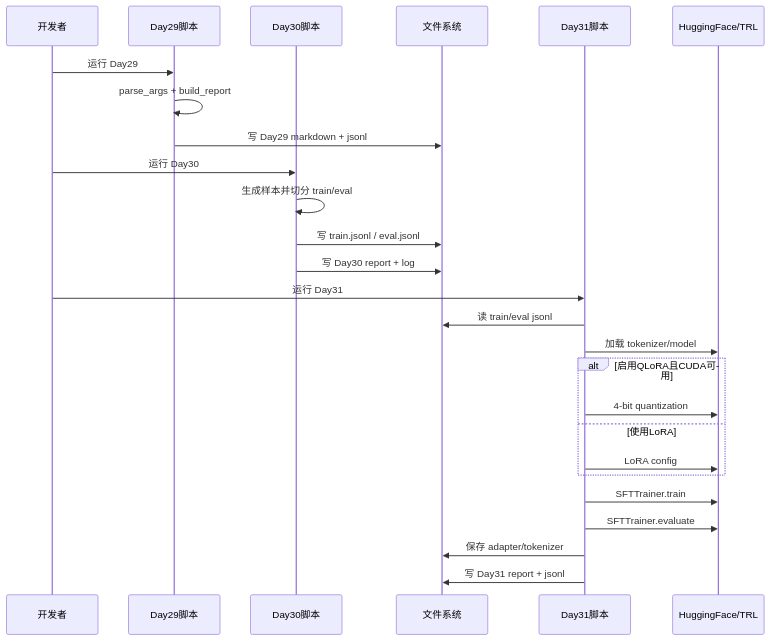
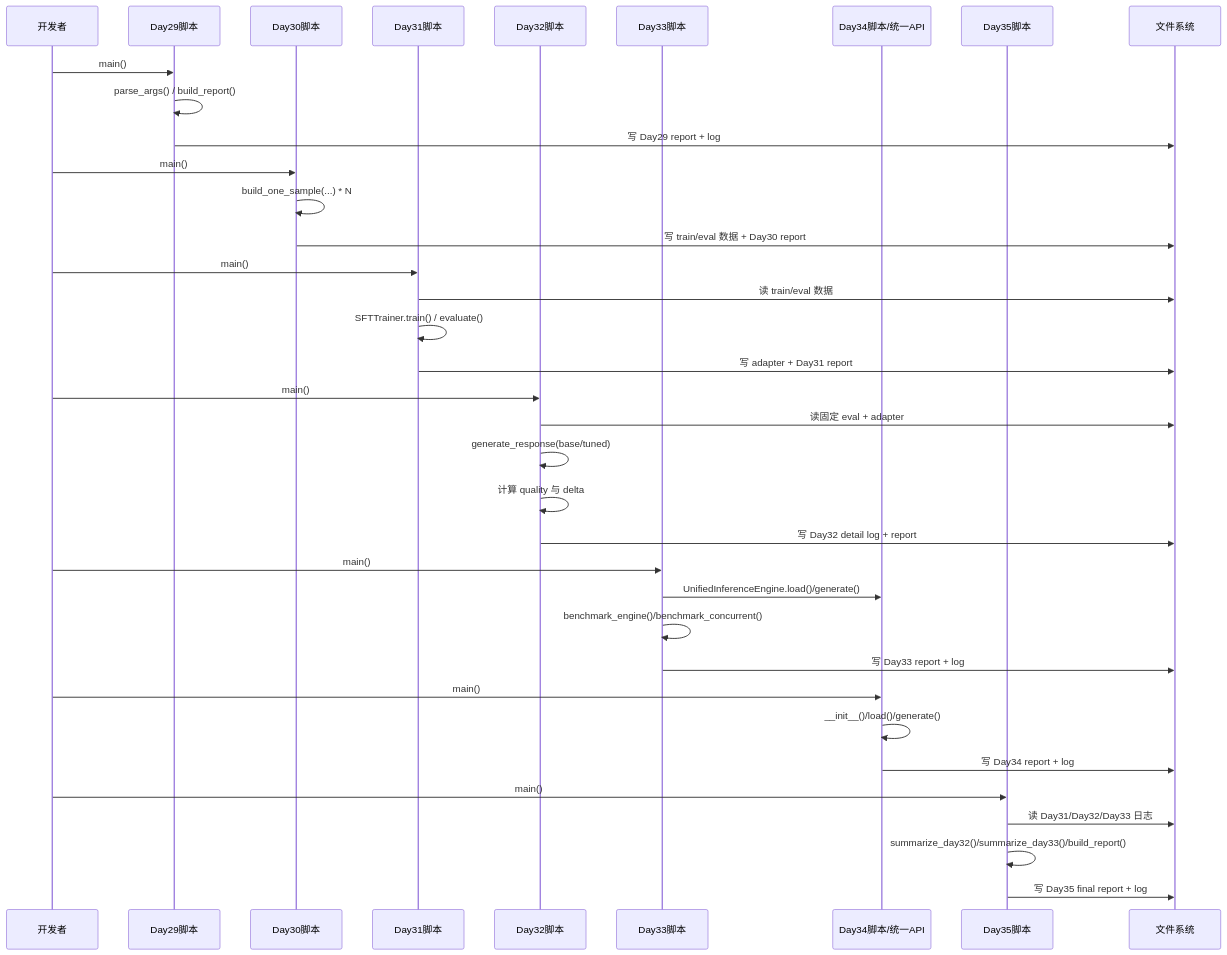
Before and after one commit to Taylor-Zhao/llm-day1: diagram 29 of 29 in README.md, drawn with Mermaid. The commit also changed other lines of this file and 19 other files, not shown here.

````diff
--- a/README.md
+++ b/README.md
@@ -1848,31 +2315,45 @@
 ```mermaid
 sequenceDiagram
-	participant Dev as 开发者
-	participant D29 as Day29脚本
-	participant D30 as Day30脚本
+	participant U as 开发者
+	participant S29 as Day29脚本
+	participant S30 as Day30脚本
+	participant S31 as Day31脚本
+	participant S32 as Day32脚本
+	participant S33 as Day33脚本
+	participant S34 as Day34脚本/统一API
+	participant S35 as Day35脚本
 	participant FS as 文件系统
-	participant D31 as Day31脚本
-	participant HF as HuggingFace/TRL
 
-	Dev->>D29: 运行 Day29
-	D29->>D29: parse_args + build_report
-	D29->>FS: 写 Day29 markdown + jsonl
+	U->>S29: main()
+	S29->>S29: parse_args() / build_report()
+	S29->>FS: 写 Day29 report + log
 
-	Dev->>D30: 运行 Day30
-	D30->>D30: 生成样本并切分 train/eval
-	D30->>FS: 写 train.jsonl / eval.jsonl
-	D30->>FS: 写 Day30 report + log
+	U->>S30: main()
+	S30->>S30: build_one_sample(...) * N
+	S30->>FS: 写 train/eval 数据 + Day30 report
 
-	Dev->>D31: 运行 Day31
-	D31->>FS: 读 train/eval jsonl
-	D31->>HF: 加载 tokenizer/model
-	alt 启用QLoRA且CUDA可用
-		D31->>HF: 4-bit quantization
-	else 使用LoRA
-		D31->>HF: LoRA config
-	end
-	D31->>HF: SFTTrainer.train
-	D31->>HF: SFTTrainer.evaluate
-	D31->>FS: 保存 adapter/tokenizer
-	D31->>FS: 写 Day31 report + jsonl
+	U->>S31: main()
+	S31->>FS: 读 train/eval 数据
+	S31->>S31: SFTTrainer.train() / evaluate()
+	S31->>FS: 写 adapter + Day31 report
+
+	U->>S32: main()
+	S32->>FS: 读固定 eval + adapter
+	S32->>S32: generate_response(base/tuned)
+	S32->>S32: 计算 quality 与 delta
+	S32->>FS: 写 Day32 detail log + report
+
+	U->>S33: main()
+	S33->>S34: UnifiedInferenceEngine.load()/generate()
+	S33->>S33: benchmark_engine()/benchmark_concurrent()
+	S33->>FS: 写 Day33 report + log
+
+	U->>S34: main()
+	S34->>S34: __init__()/load()/generate()
+	S34->>FS: 写 Day34 report + log
+
+	U->>S35: main()
+	S35->>FS: 读 Day31/Day32/Day33 日志
+	S35->>S35: summarize_day32()/summarize_day33()/build_report()
+	S35->>FS: 写 Day35 final report + log
 ```
````
